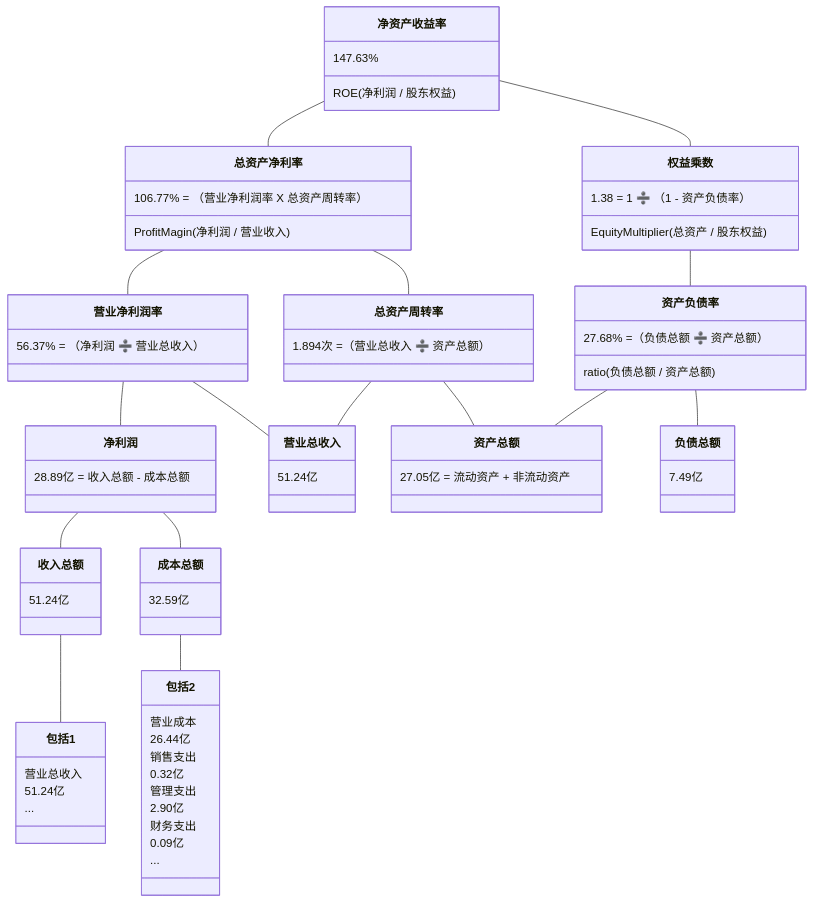
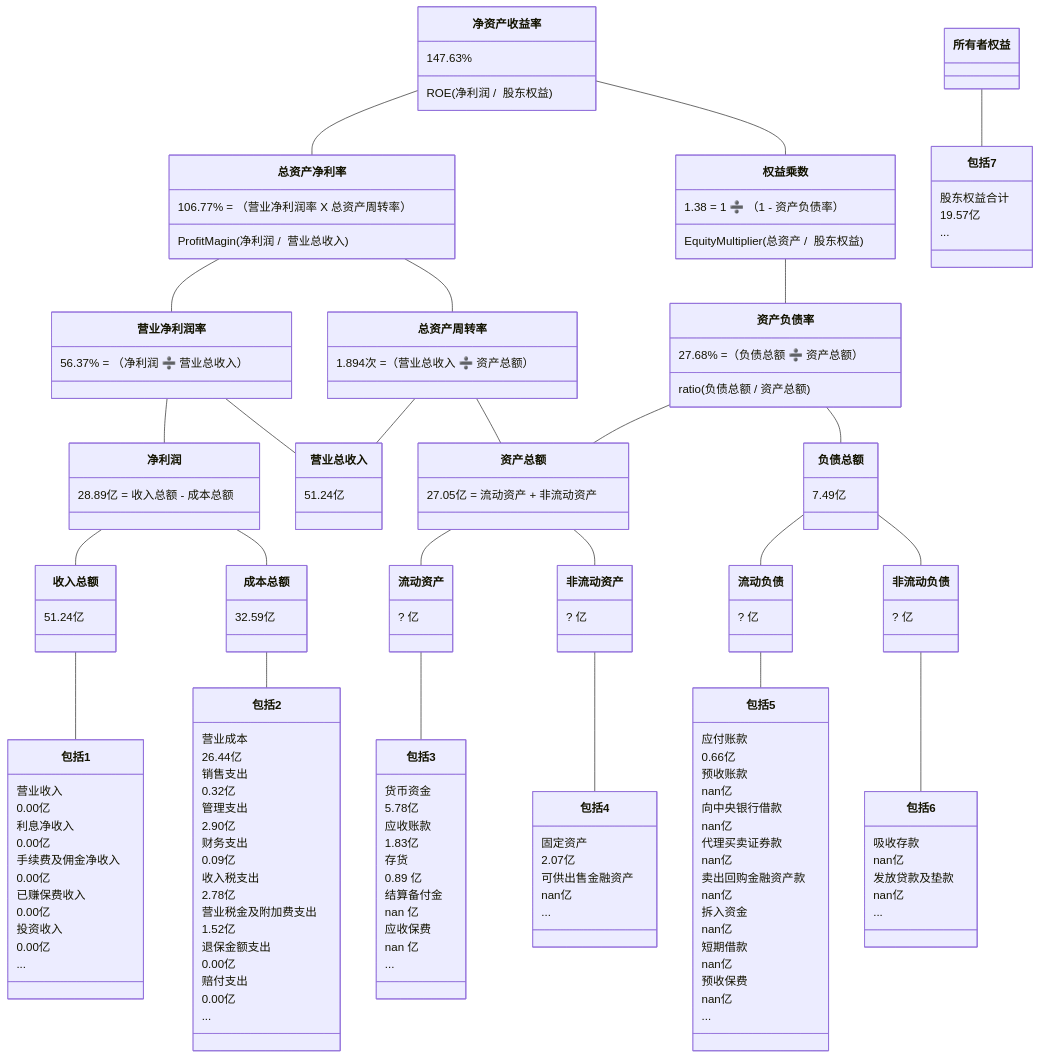
Before and after one commit to TheVeryDarkness/cs410: the third of 10 diagrams in 2/2.md, drawn with Mermaid. The commit also changed other lines of this file and 101 other files, not shown here.

````diff
--- a/2/2.md
+++ b/2/2.md
@@ -114,51 +252,121 @@
 ```mermaid
 classDiagram
 净资产收益率 -- 总资产净利率
-	净资产收益率 : 147.63%
-	净资产收益率 : ROE(净利润 /  股东权益)
-	总资产净利率 : 106.77% = （营业净利润率 X 总资产周转率）
-	总资产净利率 : ProfitMagin(净利润 /  营业收入)
+    净资产收益率 : 147.63%
+    净资产收益率 : ROE(净利润 /  股东权益)
+    总资产净利率 : 106.77% = （营业净利润率 X 总资产周转率）
+    总资产净利率 : ProfitMagin(净利润 /  营业总收入)
 净资产收益率 -- 权益乘数
-	权益乘数 : 1.38 = 1 ➗ （1 - 资产负债率）
-	权益乘数 : EquityMultiplier(总资产 /  股东权益)
-	
+    权益乘数 : 1.38 = 1 ➗ （1 - 资产负债率）
+    权益乘数 : EquityMultiplier(总资产 /  股东权益)
+    
 总资产净利率 -- 营业净利润率
-	营业净利润率 : 56.37% = （净利润 ➗ 营业总收入）
+    营业净利润率 : 56.37% = （净利润 ➗ 营业总收入）
 总资产净利率 -- 总资产周转率
-	总资产周转率 : 1.894次 =（营业总收入 ➗ 资产总额）
+    总资产周转率 : 1.894次 =（营业总收入 ➗ 资产总额）
 权益乘数 -- 资产负债率
-	资产负债率  : 27.68% =（负债总额 ➗ 资产总额）
-	资产负债率  : ratio(负债总额 / 资产总额)
+    资产负债率  : 27.68% =（负债总额 ➗ 资产总额）
+    资产负债率  : ratio(负债总额 / 资产总额)
 
 营业净利润率 -- 净利润
-	净利润 : 28.89亿 = 收入总额 - 成本总额
+    净利润 : 28.89亿 = 收入总额 - 成本总额
 营业净利润率 -- 营业总收入
-	营业总收入 : 51.24亿
+    营业总收入 : 51.24亿
 总资产周转率 -- 营业总收入
 总资产周转率 -- 资产总额
-	资产总额 : 27.05亿 = 流动资产 + 非流动资产
+    资产总额 : 27.05亿 = 流动资产 + 非流动资产
 资产负债率 -- 　负债总额
-	负债总额 : 7.49亿
+    负债总额 : 7.49亿
 资产负债率 -- 　资产总额
 
 
 净利润 -- 收入总额
-	收入总额 : 51.24亿
+    收入总额 : 51.24亿
 净利润 -- 成本总额
-	成本总额 : 32.59亿
+    成本总额 : 32.59亿
+资产总额 -- 流动资产
+	流动资产 : ? 亿
+资产总额 -- 非流动资产
+	非流动资产 : ? 亿
+负债总额 -- 流动负债
+	流动负债 : ? 亿
+负债总额 -- 非流动负债
+	非流动负债 : ? 亿
 
 收入总额 -- 包括1
-	包括1 : 营业总收入
-	包括1 : 51.24亿
-	包括1 : ...
+    包括1 : 营业收入
+    包括1 : 0.00亿
+    包括1 : 利息净收入
+    包括1 : 0.00亿
+    包括1 : 手续费及佣金净收入
+    包括1 : 0.00亿
+    包括1 : 已赚保费收入
+    包括1 : 0.00亿
+    包括1 : 投资收入
+    包括1 : 0.00亿
+    包括1 : ...
 成本总额 -- 包括2
-	包括2 : 营业成本
-	包括2 : 26.44亿
-	包括2 : 销售支出
-	包括2 : 0.32亿
-	包括2 : 管理支出
-	包括2 : 2.90亿
-	包括2 : 财务支出
-	包括2 : 0.09亿
-	包括2 : ...
+    包括2 : 营业成本
+    包括2 : 26.44亿
+    包括2 : 销售支出
+    包括2 : 0.32亿
+    包括2 : 管理支出
+    包括2 : 2.90亿
+    包括2 : 财务支出
+    包括2 : 0.09亿
+    包括2 : 收入税支出
+    包括2 : 2.78亿
+    包括2 : 营业税金及附加费支出
+    包括2 : 1.52亿
+    包括2 : 退保金额支出
+    包括2 : 0.00亿
+    包括2 : 赔付支出
+    包括2 : 0.00亿
+    包括2 : ...
+流动资产 -- 包括3
+    包括3 : 货币资金
+    包括3 : 5.78亿
+    包括3 : 应收账款
+    包括3 : 1.83亿
+    包括3 : 存货
+    包括3 : 0.89 亿
+    包括3 : 结算备付金
+    包括3 : nan 亿
+    包括3 : 应收保费
+    包括3 : nan 亿
+    包括3 : ...
+非流动资产 -- 包括4
+    包括4 : 固定资产
+    包括4 : 2.07亿
+    包括4 : 可供出售金融资产
+    包括4 : nan亿
+    包括4 : ...
+流动负债 -- 包括5
+    包括5 : 应付账款
+    包括5 : 0.66亿
+    包括5 : 预收账款
+    包括5 : nan亿
+    包括5 : 向中央银行借款
+    包括5 : nan亿
+    包括5 : 代理买卖证券款
+    包括5 : nan亿
+    包括5 : 卖出回购金融资产款
+    包括5 : nan亿
+    包括5 : 拆入资金
+    包括5 : nan亿
+    包括5 : 短期借款
+    包括5 : nan亿
+    包括5 : 预收保费
+    包括5 : nan亿
+    包括5 : ...
+非流动负债 -- 包括6
+    包括6 : 吸收存款
+    包括6 : nan亿
+    包括6 : 发放贷款及垫款
+    包括6 : nan亿
+    包括6 : ...
+所有者权益 -- 包括7
+    包括7 : 股东权益合计
+    包括7 : 19.57亿
+    包括7 : ...
 ```
````
